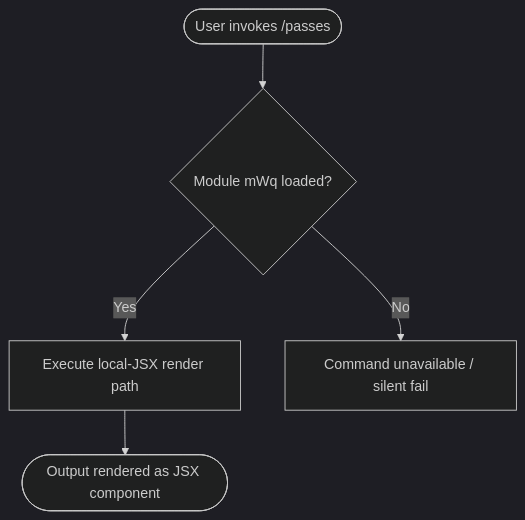
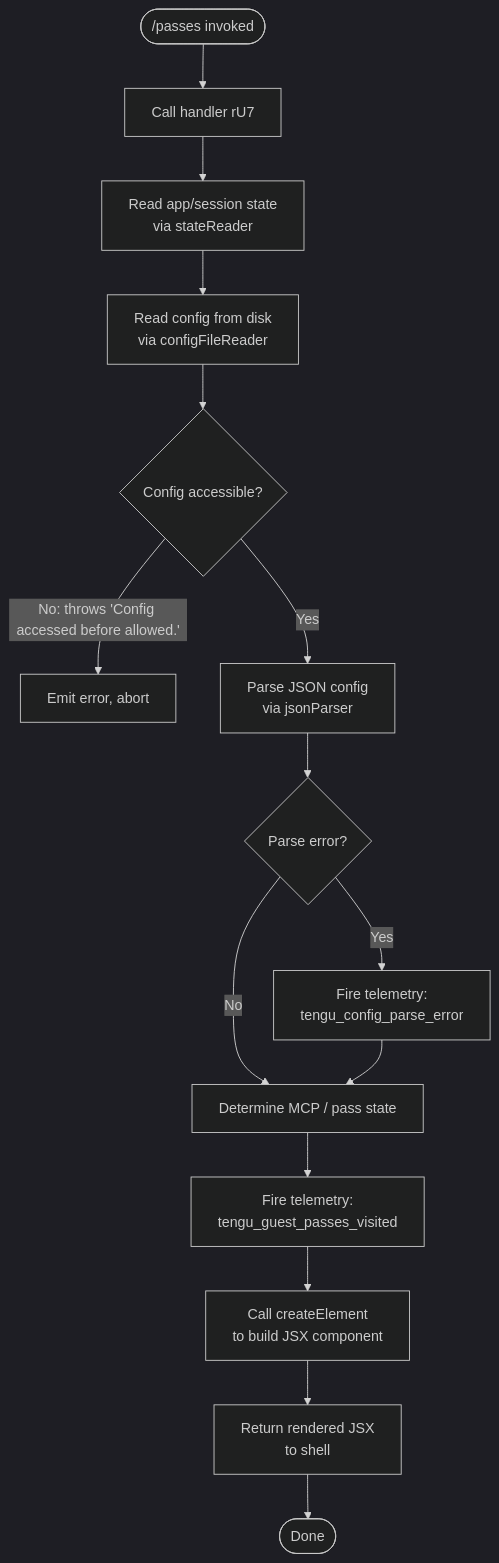
The diagram in versions/v2.1.147/passes.md (MyLittleLuckyDog/cc-gnothi), drawn with Mermaid (dark theme) before and after one commit. The commit also changed other lines of this file and 496 other files, not shown here.

````diff
--- a/versions/v2.1.147/passes.md
+++ b/versions/v2.1.147/passes.md
@@ -58,7 +55,17 @@
 ```mermaid
 flowchart TD
-    A([User invokes /passes]) --> B{Module mWq loaded?}
-    B -- Yes --> C[Execute local-JSX render path]
-    B -- No --> D[Command unavailable / silent fail]
-    C --> E([Output rendered as JSX component])
+    A(["/passes invoked"]) --> B[Call handler rU7]
+    B --> C[Read app/session state\n via stateReader]
+    C --> D[Read config from disk\n via configFileReader]
+    D --> E{Config accessible?}
+    E -- "No: throws 'Config accessed before allowed.'" --> F[Emit error, abort]
+    E -- "Yes" --> G[Parse JSON config\n via jsonParser]
+    G --> H{Parse error?}
+    H -- "Yes" --> I["Fire telemetry:\ntengu_config_parse_error"]
+    H -- "No" --> J[Determine MCP / pass state]
+    I --> J
+    J --> K[Fire telemetry:\ntengu_guest_passes_visited]
+    K --> L[Call createElement\n to build JSX component]
+    L --> M[Return rendered JSX\n to shell]
+    M --> N([Done])
 ```
````
